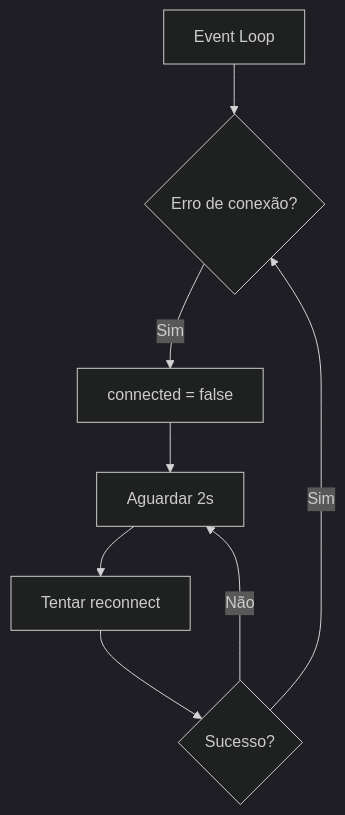
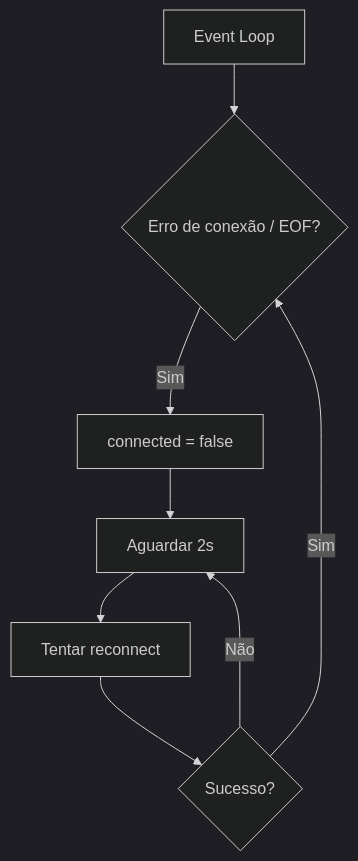
Before and after one commit to daniel-scalioni/zenith-voip: the fifth of 6 diagrams in _reversa_sdd/flowcharts/telephony-flow.md, drawn with Mermaid (dark theme). The commit also changed other lines of this file and 92 other files, not shown here.

Commit message:
docs: update architecture and design documentation including new ADRs for local audio storage and in-memory checkpointing, plus initial specs for SMB audio backup and sidecar tasks.

````diff
--- a/_reversa_sdd/flowcharts/telephony-flow.md
+++ b/_reversa_sdd/flowcharts/telephony-flow.md
@@ -26,10 +83,10 @@
 ```mermaid
 flowchart TD
-    A[Event Loop] --> B{Erro de conexão?}
+    A[Event Loop] --> B{Erro de conexão / EOF?}
     B -->|Sim| C[connected = false]
     C --> D[Aguardar 2s]
     D --> E[Tentar reconnect]
     E --> F{Sucesso?}
     F -->|Sim| B
     F -->|Não| D
 ```
````
